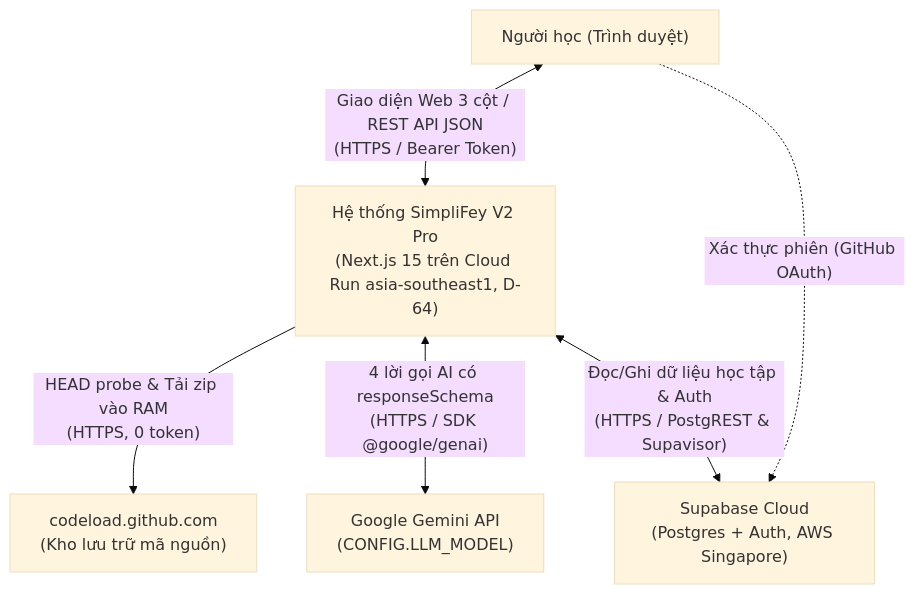
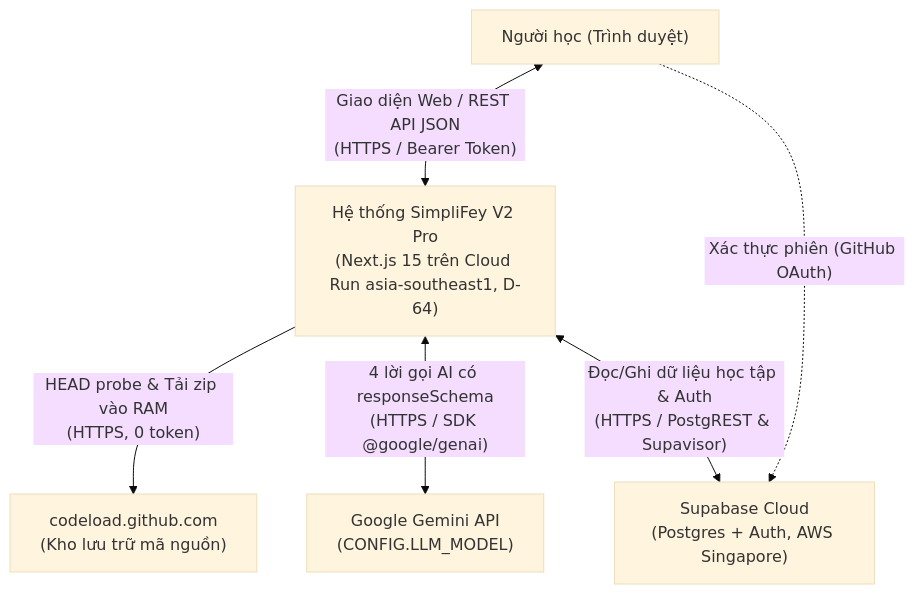
The first of 7 diagrams in spec/04_KIEN_TRUC_TRIEN_KHAI.md (huynhthanhnhannnh-pixel/Hackathon_SGU), drawn with Mermaid (base theme) before and after one commit. The commit also changed other lines of this file and 16 other files, not shown here.

````diff
--- a/spec/04_KIEN_TRUC_TRIEN_KHAI.md
+++ b/spec/04_KIEN_TRUC_TRIEN_KHAI.md
@@ -28,14 +28,14 @@
 ```mermaid
 flowchart TD
     User["Người học (Trình duyệt)"]
     System["Hệ thống SimpliFey V2 Pro<br/>(Next.js 15 trên Cloud Run asia-southeast1, D-64)"]
     GH["codeload.github.com<br/>(Kho lưu trữ mã nguồn)"]
     Gemini["Google Gemini API<br/>(CONFIG.LLM_MODEL)"]
     Supabase["Supabase Cloud<br/>(Postgres + Auth, AWS Singapore)"]
 
-    User <-- "Giao diện Web 3 cột / REST API JSON<br/>(HTTPS / Bearer Token)" --> System
+    User <-- "Giao diện Web / REST API JSON<br/>(HTTPS / Bearer Token)" --> System
     System -- "HEAD probe & Tải zip vào RAM<br/>(HTTPS, 0 token)" --> GH
     System <-- "4 lời gọi AI có responseSchema<br/>(HTTPS / SDK @google/genai)" --> Gemini
     System <-- "Đọc/Ghi dữ liệu học tập & Auth<br/>(HTTPS / PostgREST & Supavisor)" --> Supabase
     User -. "Xác thực phiên (GitHub OAuth)" .-> Supabase
 ```
````
